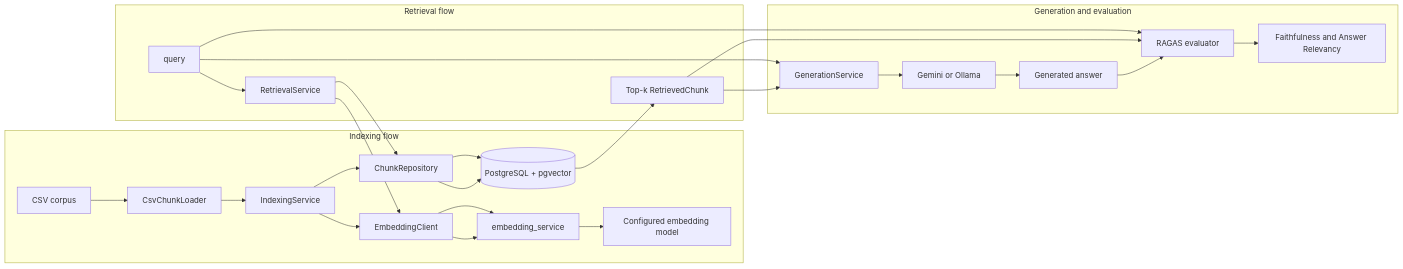
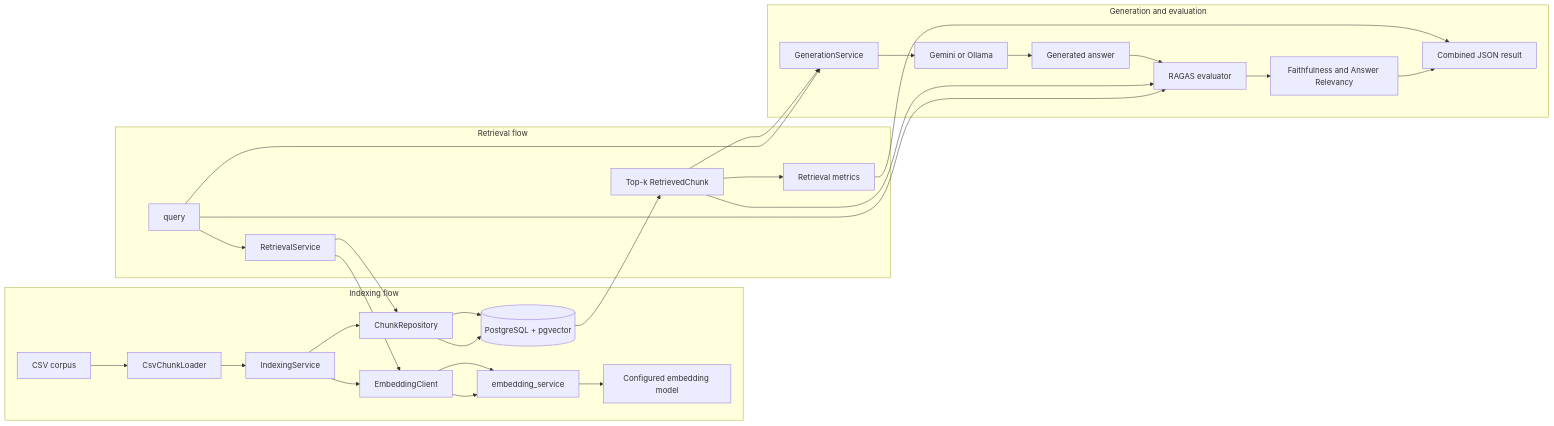
One commit to chrabek1/rag-evaluation-pipeline changed the diagram in README.md. Above: the diagram before and after it, drawn with Mermaid. The commit also changed other lines of this file and 13 other files, not shown here.

````diff
--- a/README.md
+++ b/README.md
@@ -33,32 +33,35 @@
 ```mermaid
 flowchart LR
   subgraph INDEXING_FLOW [Indexing flow]
     A[CSV corpus] --> B[CsvChunkLoader]
     B --> C[IndexingService]
     C --> D[EmbeddingClient]
     D --> E[embedding_service]
     E --> F[Configured embedding model]
     C --> G[ChunkRepository]
     G --> H[(PostgreSQL + pgvector)]
   end
 
   subgraph RETRIEVAL_FLOW [Retrieval flow]
     Q[query] --> R[RetrievalService]
     R --> D
     D --> E
     R --> G
     G --> H
     H --> T[Top-k RetrievedChunk]
+    T --> RM[Retrieval metrics]
   end
 
   subgraph GENERATION_FLOW [Generation and evaluation]
     T --> GS[GenerationService]
     Q --> GS
     GS --> LLM[Gemini or Ollama]
     LLM --> ANS[Generated answer]
     ANS --> RAGAS[RAGAS evaluator]
     T --> RAGAS
     Q --> RAGAS
     RAGAS --> GM[Faithfulness and Answer Relevancy]
+    RM --> OUT[Combined JSON result]
+    GM --> OUT
   end
 ```
````
